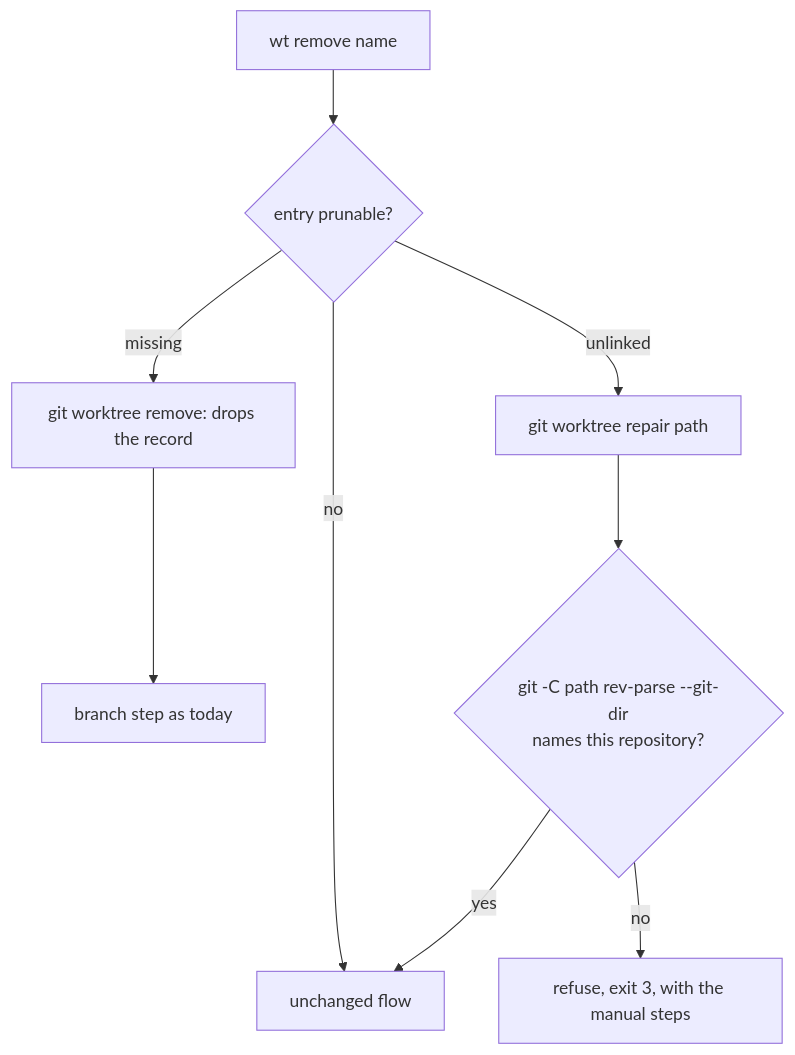
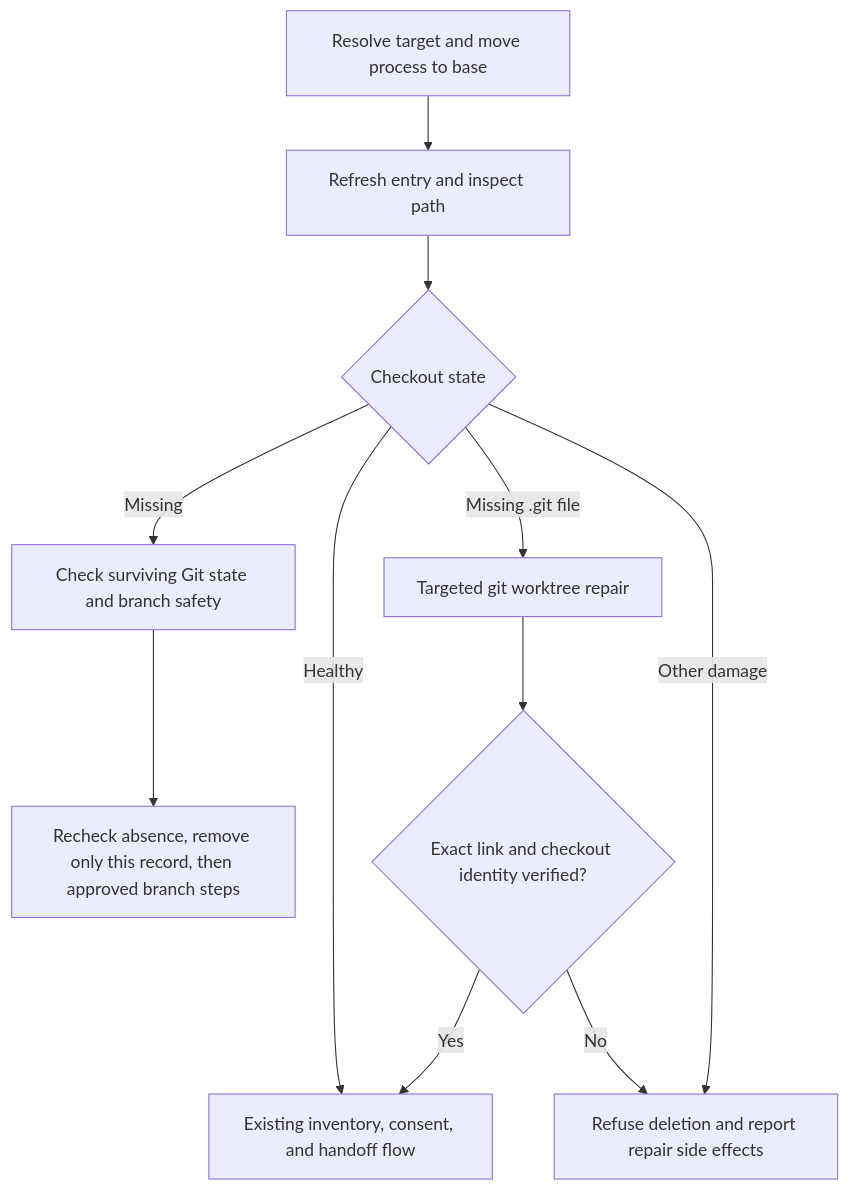
One commit to yankeeinlondon/rusty-biscuit changed the diagram in worktree/fixes/2026-10-03-broken-worktree-entries/spec.md. Above: the diagram before and after it, drawn with Mermaid. The commit also changed other lines of this file and 1 other file, not shown here.

````diff
--- a/worktree/fixes/2026-10-03-broken-worktree-entries/spec.md
+++ b/worktree/fixes/2026-10-03-broken-worktree-entries/spec.md
@@ -114,10 +176,13 @@
 ```mermaid
 flowchart TD
-  A[wt remove name] --> B{entry prunable?}
-  B -- no --> N[unchanged flow]
-  B -- missing --> M[git worktree remove: drops the record] --> BR[branch step as today]
-  B -- unlinked --> R[git worktree repair path]
-  R --> V{git -C path rev-parse --git-dir<br/>names this repository?}
-  V -- yes --> N
-  V -- no --> X[refuse, exit 3, with the manual steps]
+  A[Resolve target and move process to base] --> B[Refresh entry and inspect path]
+  B --> C{Checkout state}
+  C -- Healthy --> N[Existing inventory, consent, and handoff flow]
+  C -- Missing --> M[Check surviving Git state and branch safety]
+  M --> E[Recheck absence, remove only this record, then approved branch steps]
+  C -- Missing .git file --> R[Targeted git worktree repair]
+  R --> V{Exact link and checkout identity verified?}
+  V -- Yes --> N
+  V -- No --> X[Refuse deletion and report repair side effects]
+  C -- Other damage --> X
 ```
````
